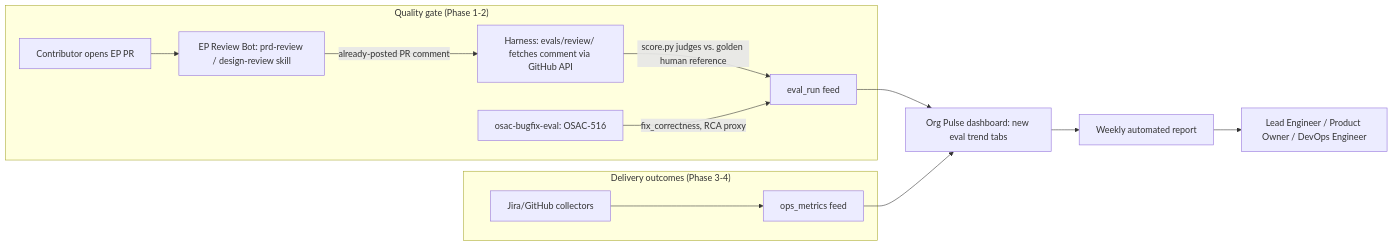
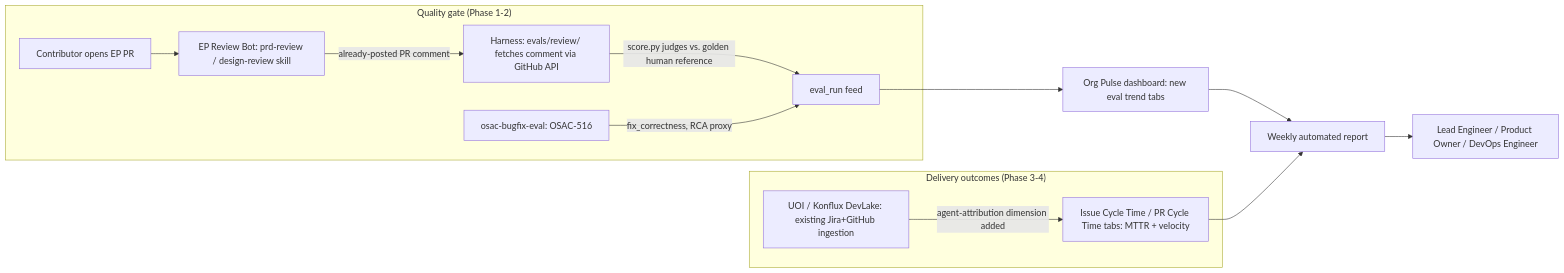
Before and after one commit to tchughesiv/enhancement-proposals: the diagram in enhancements/OSAC-959-agentic-sdlc-measurement/design.md, drawn with Mermaid. The commit also changed other lines of this file, not shown here.

First line of the commit message:
OSAC-959 design: MTTR/velocity target UOI extension, resolve rolling-sample question

````diff
--- a/enhancements/OSAC-959-agentic-sdlc-measurement/design.md
+++ b/enhancements/OSAC-959-agentic-sdlc-measurement/design.md
@@ -66,16 +66,16 @@
 ```mermaid
 flowchart LR
     subgraph "Quality gate (Phase 1-2)"
         A[Contributor opens EP PR] --> B[EP Review Bot: prd-review / design-review skill]
         B -->|already-posted PR comment| C[Harness: evals/review/ fetches comment via GitHub API]
         C -->|score.py judges vs. golden human reference| D[eval_run feed]
         E[osac-bugfix-eval: OSAC-516] -->|fix_correctness, RCA proxy| D
     end
     subgraph "Delivery outcomes (Phase 3-4)"
-        F[Jira/GitHub collectors] --> G[ops_metrics feed]
+        F[UOI / Konflux DevLake: existing Jira+GitHub ingestion] -->|agent-attribution dimension added| G[Issue Cycle Time / PR Cycle Time tabs: MTTR + velocity]
     end
     D --> H[Org Pulse dashboard: new eval trend tabs]
-    G --> H
     H --> I[Weekly automated report]
+    G --> I
     I --> J[Lead Engineer / Product Owner / DevOps Engineer]
 ```
````
